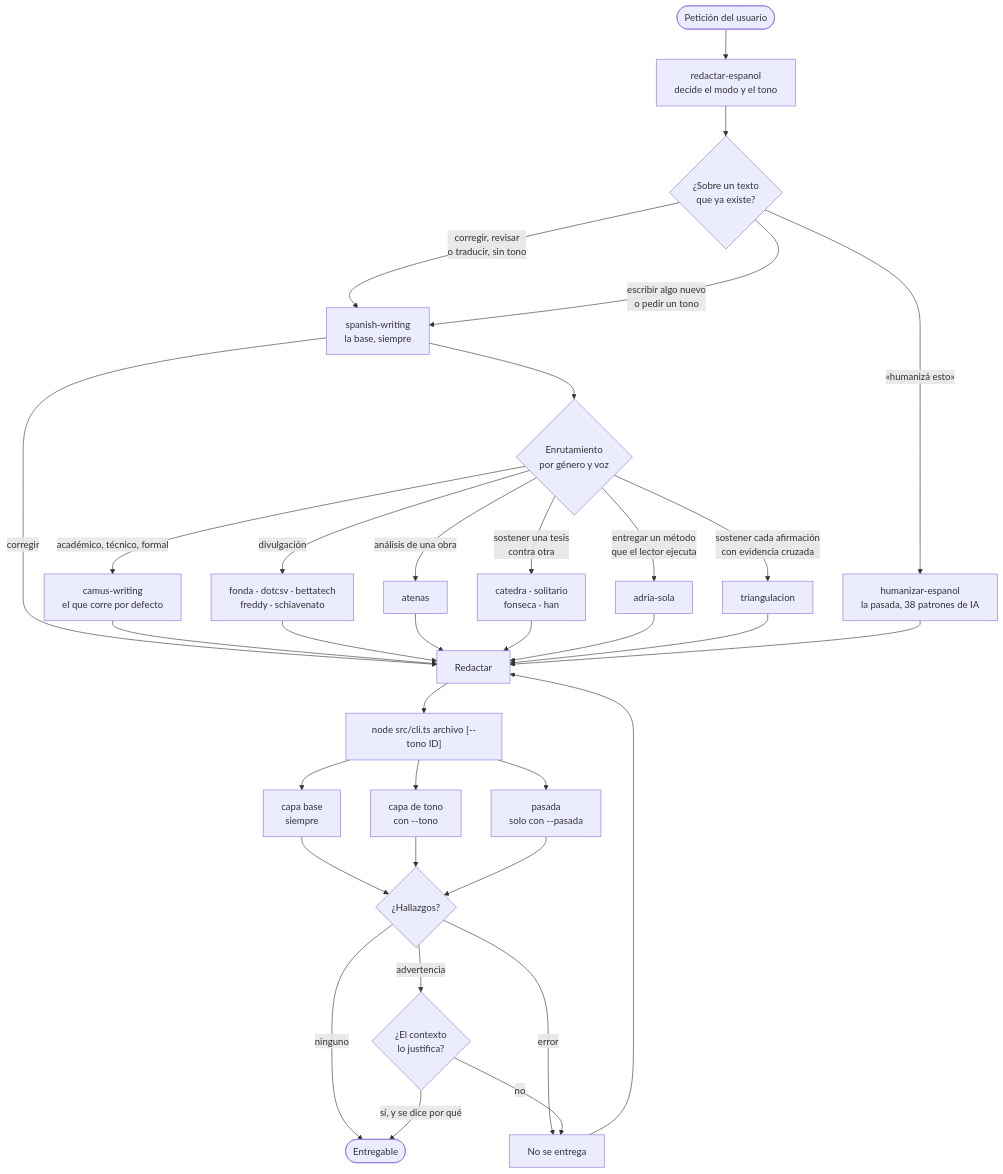
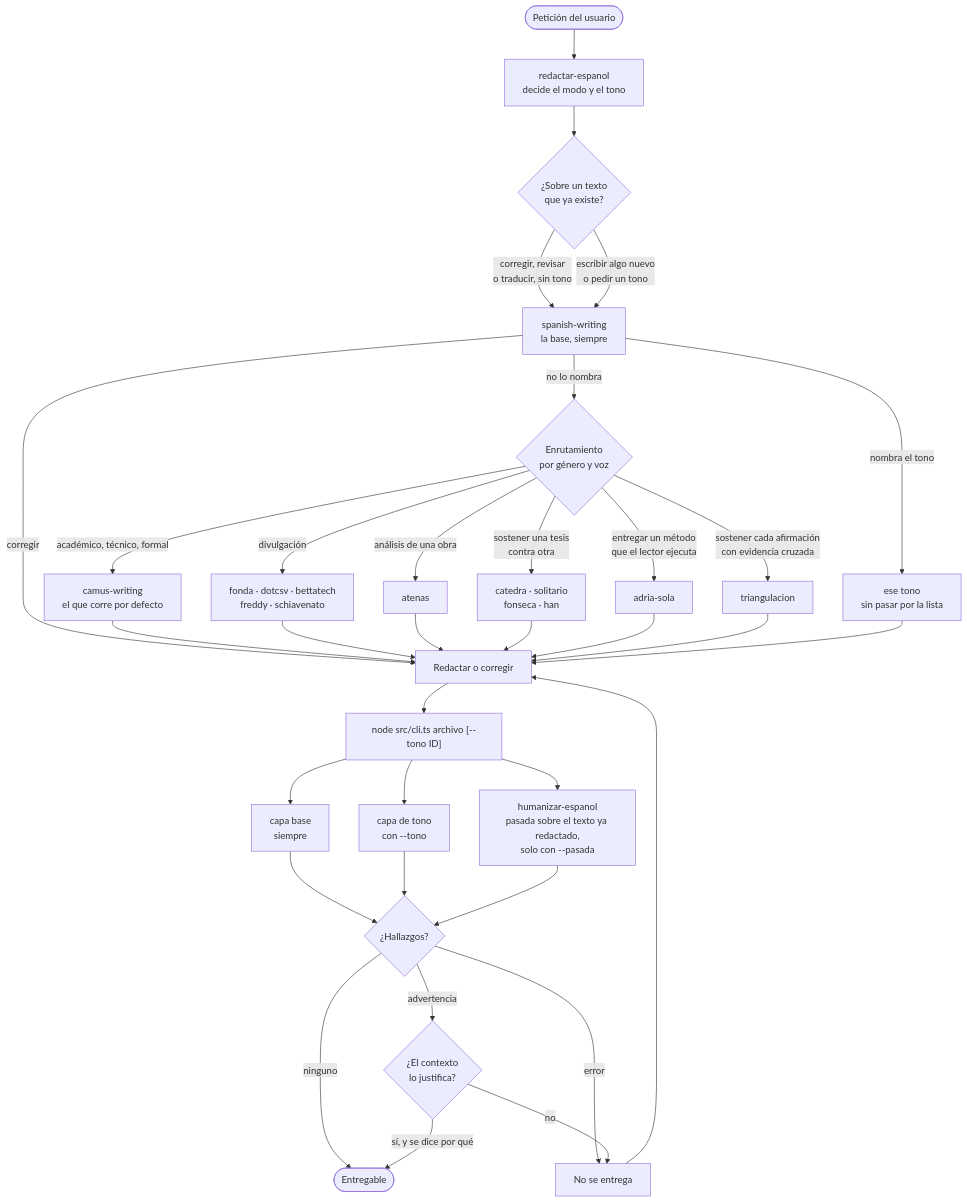
Before and after one commit to diegnghtmr/writing-harness: the first of 5 diagrams in README.md, drawn with Mermaid. The commit also changed other lines of this file and 4 other files, not shown here.

````diff
--- a/README.md
+++ b/README.md
@@ -28,42 +28,42 @@
 ```mermaid
 flowchart TD
     U(["Petición del usuario"]) --> EN["redactar-espanol<br/>decide el modo y el tono"]
     EN --> Q0{"¿Sobre un texto<br/>que ya existe?"}
 
-    Q0 -->|"«humanizá esto»"| H["humanizar-espanol<br/>la pasada, 38 patrones de IA"]
     Q0 -->|"corregir, revisar<br/>o traducir, sin tono"| B["spanish-writing<br/>la base, siempre"]
     Q0 -->|"escribir algo nuevo<br/>o pedir un tono"| B
 
-    B -->|"corregir"| W["Redactar"]
-    B --> R{"Enrutamiento<br/>por género y voz"}
+    B -->|"corregir"| W["Redactar o corregir"]
+    B -->|"nombra el tono"| TN["ese tono<br/>sin pasar por la lista"]
+    B -->|"no lo nombra"| R{"Enrutamiento<br/>por género y voz"}
     R -->|"académico, técnico, formal"| T1["camus-writing<br/>el que corre por defecto"]
     R -->|"divulgación"| T2["fonda · dotcsv · bettatech<br/>freddy · schiavenato"]
     R -->|"análisis de una obra"| T3["atenas"]
     R -->|"sostener una tesis<br/>contra otra"| T4["catedra · solitario<br/>fonseca · han"]
     R -->|"entregar un método<br/>que el lector ejecuta"| T5["adria-sola"]
     R -->|"sostener cada afirmación<br/>con evidencia cruzada"| T6["triangulacion"]
 
     T1 --> W
     T2 --> W
     T3 --> W
     T4 --> W
     T5 --> W
     T6 --> W
-    H --> W
+    TN --> W
 
     W --> V["node src/cli.ts archivo [--tono ID]"]
     V --> C1["capa base<br/>siempre"]
     V --> C2["capa de tono<br/>con --tono"]
-    V --> C3["pasada<br/>solo con --pasada"]
+    V --> C3["humanizar-espanol<br/>pasada sobre el texto ya redactado,<br/>solo con --pasada"]
 
     C1 --> Q1{"¿Hallazgos?"}
     C2 --> Q1
     C3 --> Q1
 
     Q1 -->|"ninguno"| E(["Entregable"])
     Q1 -->|"error"| X["No se entrega"]
     Q1 -->|"advertencia"| Q2{"¿El contexto<br/>lo justifica?"}
     Q2 -->|"sí, y se dice por qué"| E
     Q2 -->|"no"| X
     X --> W
 ```
````
